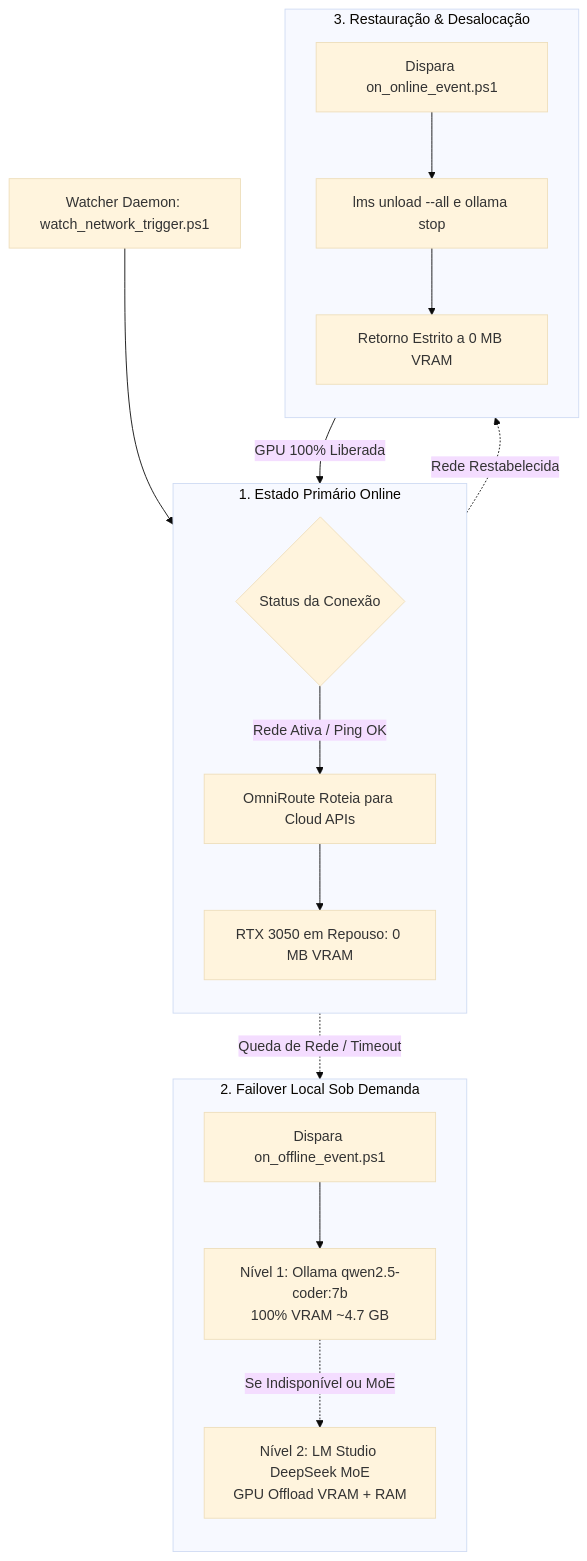
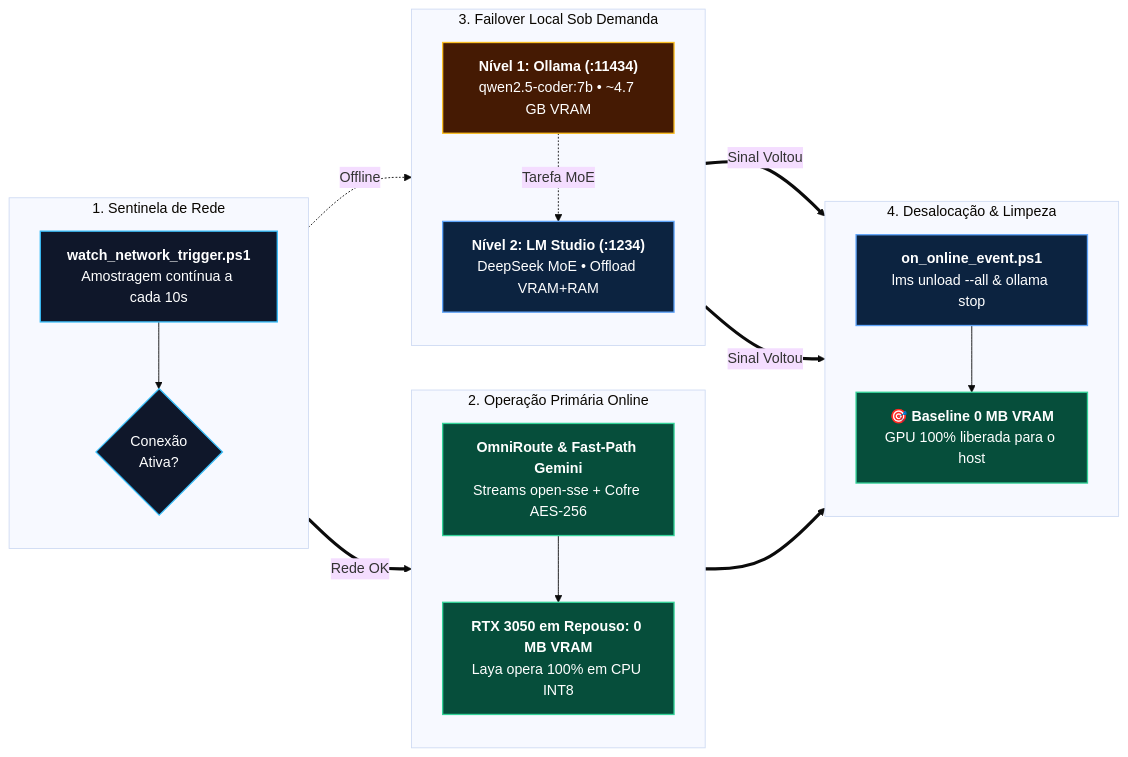
One commit to EnterDufter/PromptCoreLabs_AEOS changed the second of 2 diagrams in docs/hardware-portability-guide.md. Above: the diagram before and after it, drawn with Mermaid (base theme). The commit also changed other lines of this file and 34 other files, not shown here.

First line of the commit message:
docs(aeos-v3.6): upgrade complete repository & Living Architecture portal with pure UTF-8, Dual-Track narrative & Cortex v7 diagrams

````diff
--- a/docs/hardware-portability-guide.md
+++ b/docs/hardware-portability-guide.md
@@ -64,26 +64,41 @@
 ```mermaid
-flowchart TD
-    Daemon[Watcher Daemon: watch_network_trigger.ps1] --> Router{Status da Conexão}
+flowchart LR
+    classDef watch fill:#0f172a,stroke:#38bdf8,stroke-width:1.5px,color:#ffffff;
+    classDef on fill:#064e3b,stroke:#34d399,stroke-width:1.5px,color:#ffffff;
+    classDef off fill:#451a03,stroke:#fbbf24,stroke-width:1.5px,color:#ffffff;
+    classDef eng fill:#0c2340,stroke:#60a5fa,stroke-width:1.5px,color:#ffffff;
 
-    subgraph EstadoOnline [1. Estado Primário Online]
+    subgraph Mon ["1. Sentinela de Rede"]
         direction TB
-        Router -->|Rede Ativa / Ping OK| CloudOp[OmniRoute Roteia para Cloud APIs]
-        CloudOp --> ZeroVRAM[RTX 3050 em Repouso: 0 MB VRAM]
+        Daemon["<b>watch_network_trigger.ps1</b><br/>Amostragem contínua a cada 10s"]:::watch
+        Router{"Conexão<br/>Ativa?"}:::watch
+        Daemon --> Router
     end
 
-    subgraph EstadoOffline [2. Failover Local Sob Demanda]
+    subgraph EstadoOnline ["2. Operação Primária Online"]
         direction TB
-        Router -.->|Queda de Rede / Timeout| TriggerOff[Dispara on_offline_event.ps1]
-        TriggerOff --> L1[Nível 1: Ollama qwen2.5-coder:7b<br>100% VRAM ~4.7 GB]
-        L1 -.->|Se Indisponível ou MoE| L2[Nível 2: LM Studio DeepSeek MoE<br>GPU Offload VRAM + RAM]
+        CloudOp["<b>OmniRoute & Fast-Path Gemini</b><br/>Streams open-sse + Cofre AES-256"]:::on
+        ZeroVRAM["<b>RTX 3050 em Repouso: 0 MB VRAM</b><br/>Laya opera 100% em CPU INT8"]:::on
+        CloudOp --> ZeroVRAM
     end
 
-    subgraph EstadoRestauracao [3. Restauração & Desalocação]
+    subgraph EstadoOffline ["3. Failover Local Sob Demanda"]
         direction TB
-        Router -.->|Rede Restabelecida| TriggerOn[Dispara on_online_event.ps1]
-        TriggerOn --> Unload[lms unload --all e ollama stop]
-        Unload --> ZeroReturn[Retorno Estrito a 0 MB VRAM]
+        L1["<b>Nível 1: Ollama (:11434)</b><br/>qwen2.5-coder:7b • ~4.7 GB VRAM"]:::off
+        L2["<b>Nível 2: LM Studio (:1234)</b><br/>DeepSeek MoE • Offload VRAM+RAM"]:::eng
+        L1 -.->|"Tarefa MoE"| L2
     end
 
-    ZeroReturn -->|GPU 100% Liberada| Router
+    subgraph EstadoRestauracao ["4. Desalocação & Limpeza"]
+        direction TB
+        Unload["<b>on_online_event.ps1</b><br/>lms unload --all & ollama stop"]:::eng
+        ZeroReturn["<b>🎯 Baseline 0 MB VRAM</b><br/>GPU 100% liberada para o host"]:::on
+        Unload --> ZeroReturn
+    end
+
+    Router ==>|"Rede OK"| CloudOp
+    Router -.->|"Offline"| L1
+    L1 ==>|"Sinal Voltou"| Unload
+    L2 ==>|"Sinal Voltou"| Unload
+    ZeroVRAM ==> ZeroReturn
 ```
````
